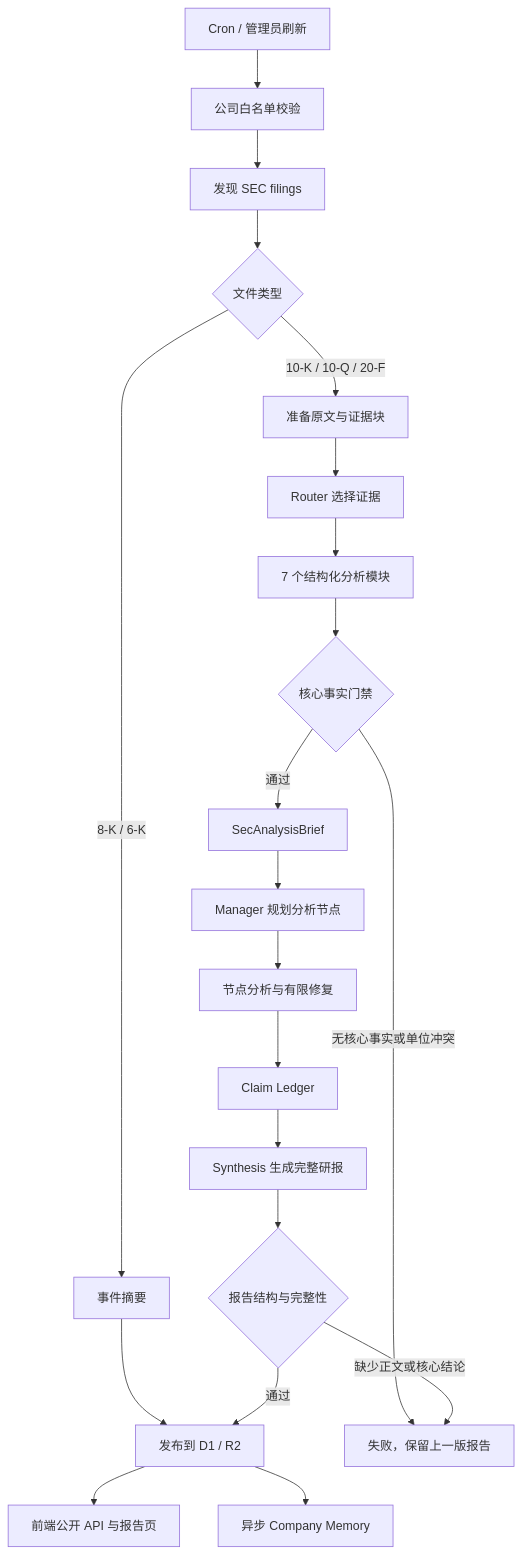
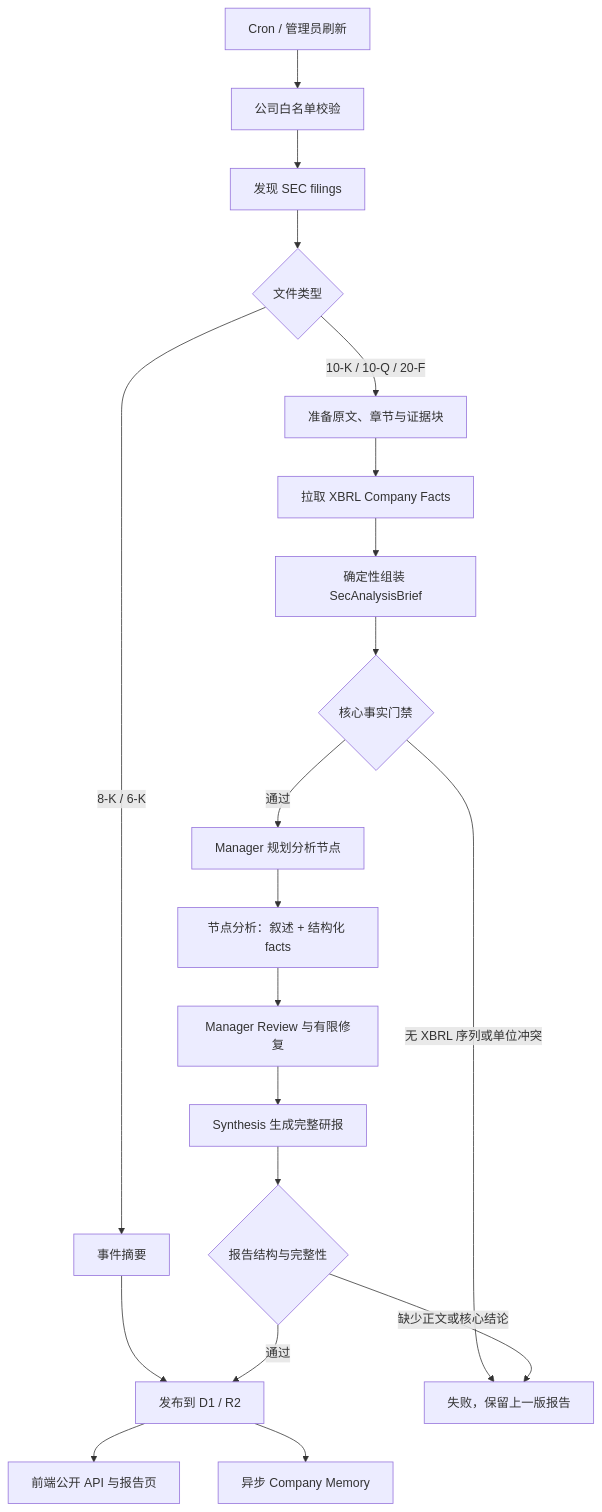
Before and after one commit to Paikchu/earning-report-analysis: the diagram in docs/sec-workflow-architecture.md, drawn with Mermaid. The commit also changed other lines of this file and 14 other files, not shown here.

````diff
--- a/docs/sec-workflow-architecture.md
+++ b/docs/sec-workflow-architecture.md
@@ -3,25 +3,24 @@
 ```mermaid
 flowchart TD
     A["Cron / 管理员刷新"] --> B["公司白名单校验"]
     B --> C["发现 SEC filings"]
     C --> D{"文件类型"}
 
     D -->|"8-K / 6-K"| E["事件摘要"]
     E --> P["发布到 D1 / R2"]
 
-    D -->|"10-K / 10-Q / 20-F"| F["准备原文与证据块"]
-    F --> G["Router 选择证据"]
-    G --> H["7 个结构化分析模块"]
+    D -->|"10-K / 10-Q / 20-F"| F["准备原文、章节与证据块"]
+    F --> G["拉取 XBRL Company Facts"]
+    G --> H["确定性组装 SecAnalysisBrief"]
     H --> I{"核心事实门禁"}
-    I -->|"无核心事实或单位冲突"| X["失败，保留上一版报告"]
-    I -->|"通过"| J["SecAnalysisBrief"]
-    J --> K["Manager 规划分析节点"]
-    K --> L["节点分析与有限修复"]
-    L --> M["Claim Ledger"]
-    M --> N["Synthesis 生成完整研报"]
-    N --> O{"报告结构与完整性"}
-    O -->|"缺少正文或核心结论"| X
-    O -->|"通过"| P
+    I -->|"无 XBRL 序列或单位冲突"| X["失败，保留上一版报告"]
+    I -->|"通过"| J["Manager 规划分析节点"]
+    J --> K["节点分析：叙述 + 结构化 facts"]
+    K --> L["Manager Review 与有限修复"]
+    L --> M["Synthesis 生成完整研报"]
+    M --> N{"报告结构与完整性"}
+    N -->|"缺少正文或核心结论"| X
+    N -->|"通过"| P
     P --> Q["前端公开 API 与报告页"]
     P --> R["异步 Company Memory"]
 ```
````
